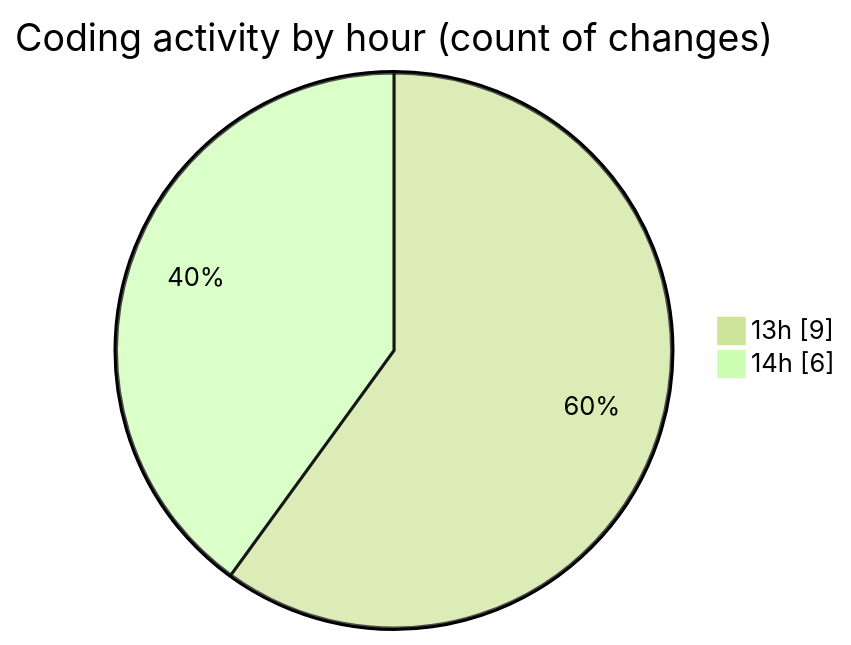
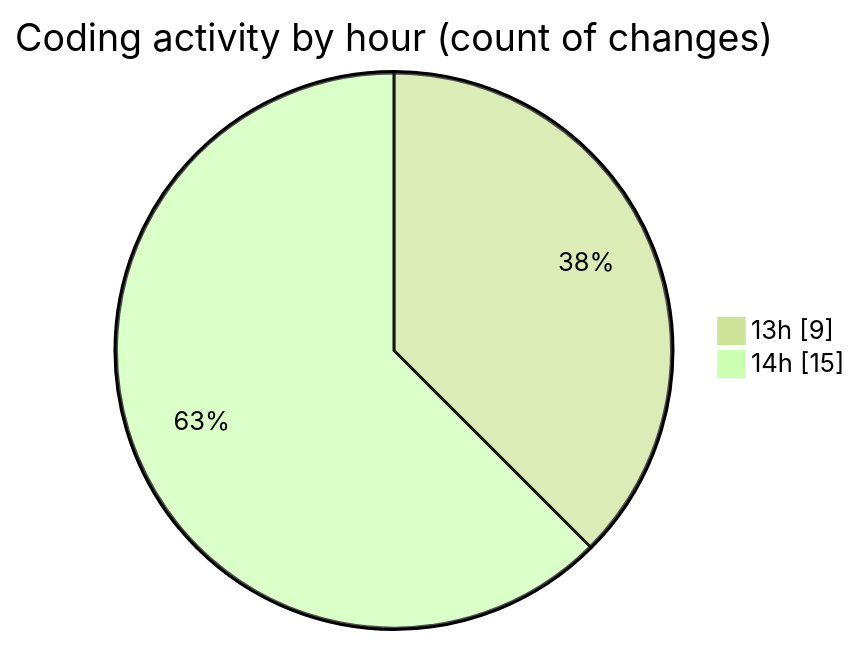
The second of 2 diagrams in 2025-08-18/nextui-dashboard-template/README.md (lephambinh05/code-tracking), drawn with Mermaid (forest theme) before and after one commit. The commit also changed other lines of this file and 1 other file, not shown here.

````diff
--- a/2025-08-18/nextui-dashboard-template/README.md
+++ b/2025-08-18/nextui-dashboard-template/README.md
@@ -34,6 +34,6 @@
 ```mermaid
 pie showData
 title Coding activity by hour (count of changes)
 "13h" : 9
-"14h" : 6
+"14h" : 15
 ```
````
